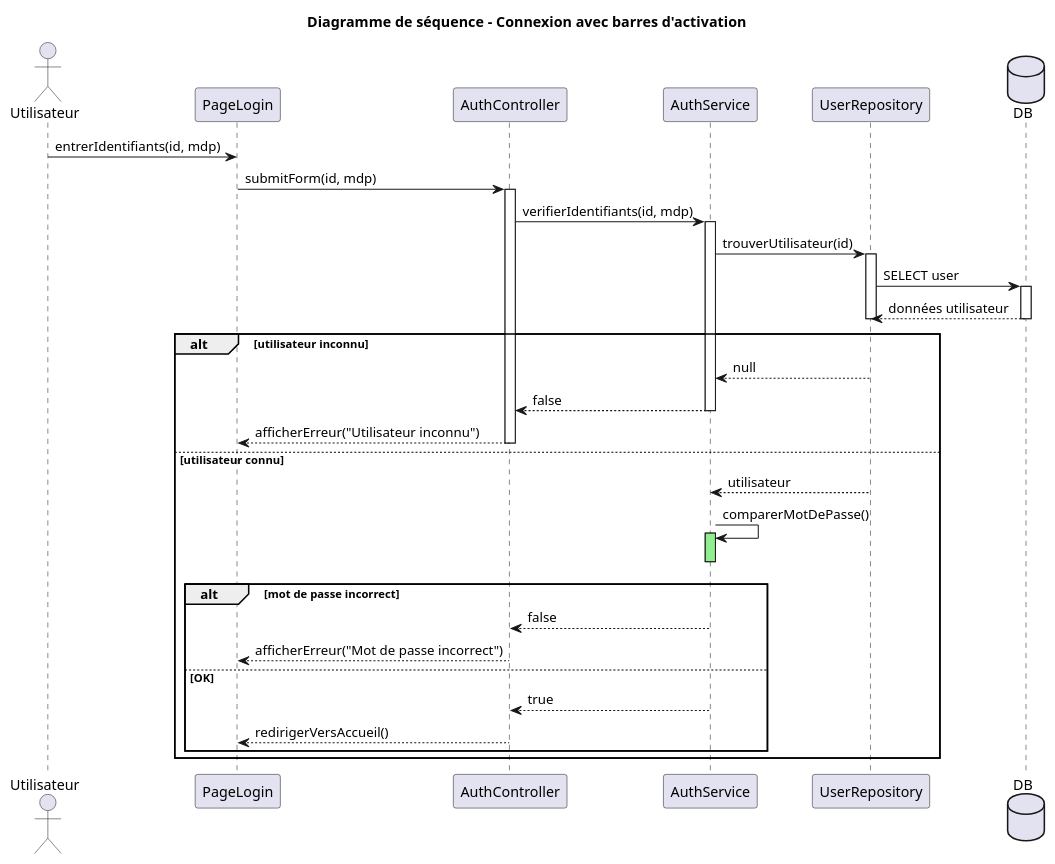
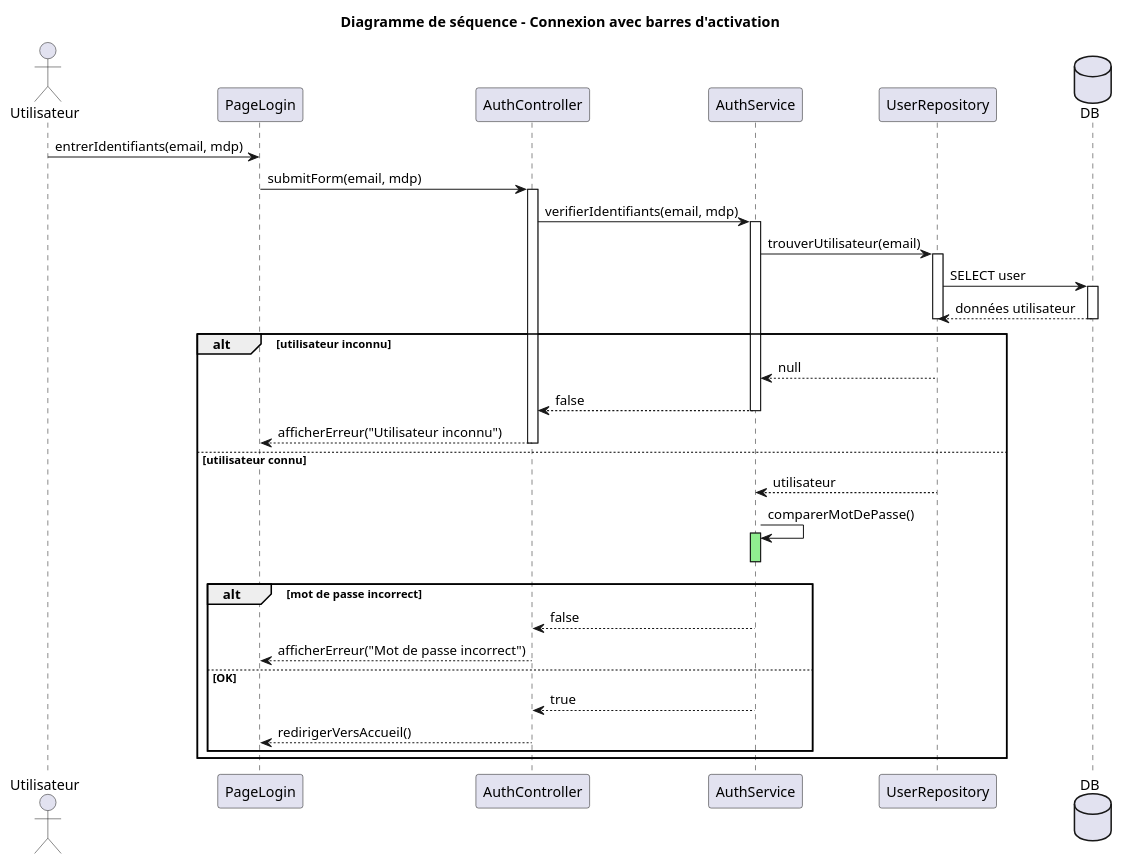
One commit to JulienPoirierWebDev/courses changed the diagram in uml/plantuml/examples/sequencediagram.puml. Above: the diagram before and after it, drawn with PlantUML. The commit also changed 6 other files, not shown here.

```diff
--- a/uml/plantuml/examples/sequencediagram.puml
+++ b/uml/plantuml/examples/sequencediagram.puml
@@ -1,60 +1,60 @@
 @startuml
 title **Diagramme de séquence – Connexion avec barres d'activation**
 
 actor Utilisateur
 participant "PageLogin" as Page
 participant "AuthController" as Ctrl
 participant "AuthService" as Service
 participant "UserRepository" as Repo
 database "DB" as DB
 
-Utilisateur -> Page : entrerIdentifiants(id, mdp)
+Utilisateur -> Page : entrerIdentifiants(email, mdp)
 
-Page -> Ctrl : submitForm(id, mdp)
+Page -> Ctrl : submitForm(email, mdp)
 activate Ctrl
 
-Ctrl -> Service : verifierIdentifiants(id, mdp)
+Ctrl -> Service : verifierIdentifiants(email, mdp)
 activate Service
 
-Service -> Repo : trouverUtilisateur(id)
+Service -> Repo : trouverUtilisateur(email)
 activate Repo
 
 Repo -> DB : SELECT user
 activate DB
 DB --> Repo : données utilisateur
 deactivate DB
 
 deactivate Repo
 
 alt utilisateur inconnu
     Repo --> Service : null
     Service --> Ctrl : false
     deactivate Service
 
     Ctrl --> Page : afficherErreur("Utilisateur inconnu")
     deactivate Ctrl
 
 else utilisateur connu
     Repo --> Service : utilisateur
 
     Service -> Service : comparerMotDePasse()
     activate Service #LightGreen
     deactivate Service
 
     alt mot de passe incorrect
         Service --> Ctrl : false
         deactivate Service
 
         Ctrl --> Page : afficherErreur("Mot de passe incorrect")
         deactivate Ctrl
 
     else OK
         Service --> Ctrl : true
         deactivate Service
 
         Ctrl --> Page : redirigerVersAccueil()
         deactivate Ctrl
     end
 end
 
 @enduml
```
